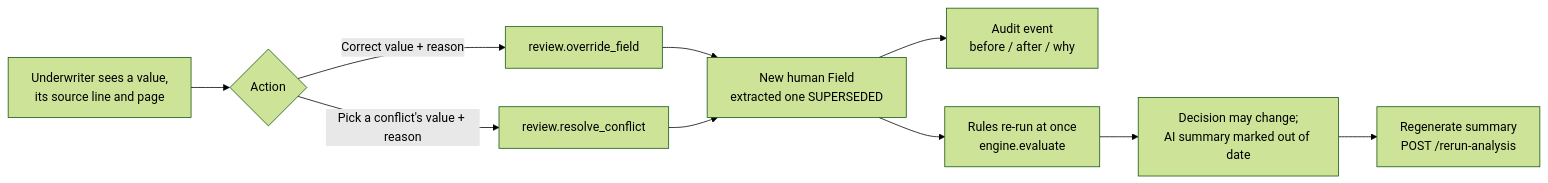
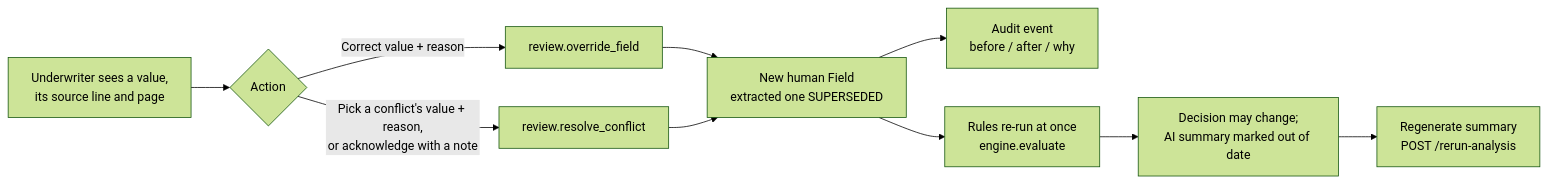
The seventh of 7 diagrams in docs/ARCHITECTURE.md (shreevershith/knight-insurance-take-home-2), drawn with Mermaid (forest theme) before and after one commit. The commit also changed other lines of this file and 4 other files, not shown here.

Commit message:
Docs synced with D-40 to D-43: intake of nested emails, review page, conflict suggestions; RUN_LOG RV1

````diff
--- a/docs/ARCHITECTURE.md
+++ b/docs/ARCHITECTURE.md
@@ -292,12 +293,12 @@
 ```mermaid
 flowchart LR
     V[Underwriter sees a value,<br/>its source line and page] --> A{Action}
     A -->|Correct value + reason| O[review.override_field]
-    A -->|Pick a conflict's value + reason| R[review.resolve_conflict]
+    A -->|Pick a conflict's value + reason,<br/>or acknowledge with a note| R[review.resolve_conflict]
     O --> H[New human Field<br/>extracted one SUPERSEDED]
     R --> H
     H --> AU[Audit event<br/>before / after / why]
     H --> E[Rules re-run at once<br/>engine.evaluate]
     E --> S[Decision may change;<br/>AI summary marked out of date]
     S --> RG[Regenerate summary<br/>POST /rerun-analysis]
 ```
````
